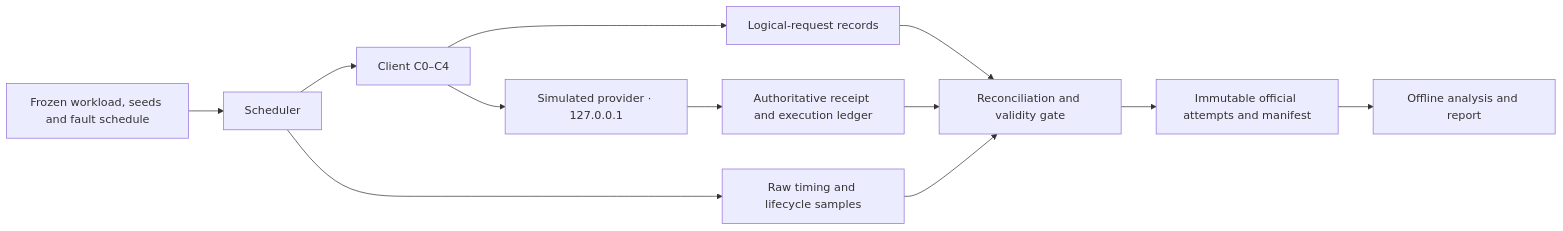
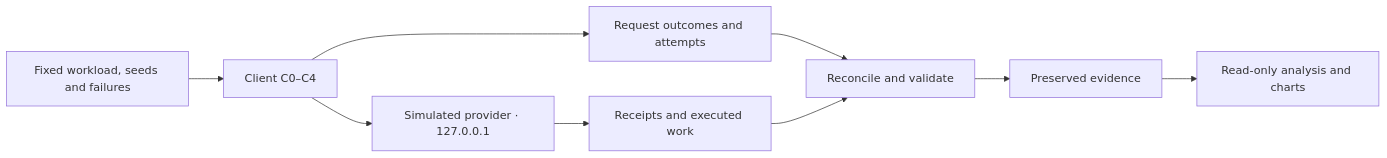
One commit to shaikh-muhammad/ai-provider-outage-test changed the diagram in README.md. Above: the diagram before and after it, drawn with Mermaid. The commit also changed other lines of this file and 9 other files, not shown here.

````diff
--- a/README.md
+++ b/README.md
@@ -38,14 +32,11 @@
 ```mermaid
 flowchart LR
-    R["Frozen workload, seeds and fault schedule"] --> H["Scheduler"]
-    H --> C["Client C0–C4"]
+    W["Fixed workload, seeds and failures"] --> C["Client C0–C4"]
     C --> P["Simulated provider · 127.0.0.1"]
-    C --> Q["Logical-request records"]
-    P --> L["Authoritative receipt and execution ledger"]
-    H --> S["Raw timing and lifecycle samples"]
-    Q --> V["Reconciliation and validity gate"]
+    C --> R["Request outcomes and attempts"]
+    P --> L["Receipts and executed work"]
+    R --> V["Reconcile and validate"]
     L --> V
-    S --> V
-    V --> E["Immutable official attempts and manifest"]
-    E --> A["Offline analysis and report"]
+    V --> E["Preserved evidence"]
+    E --> A["Read-only analysis and charts"]
 ```
````
